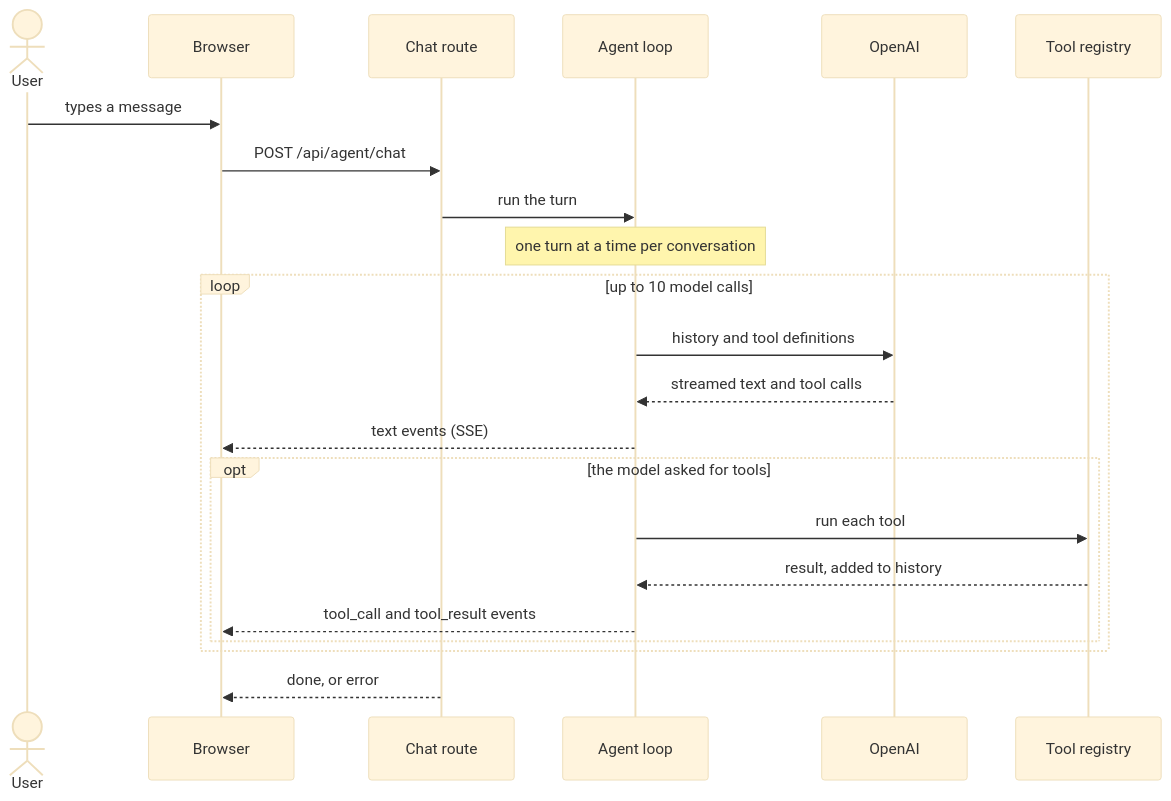
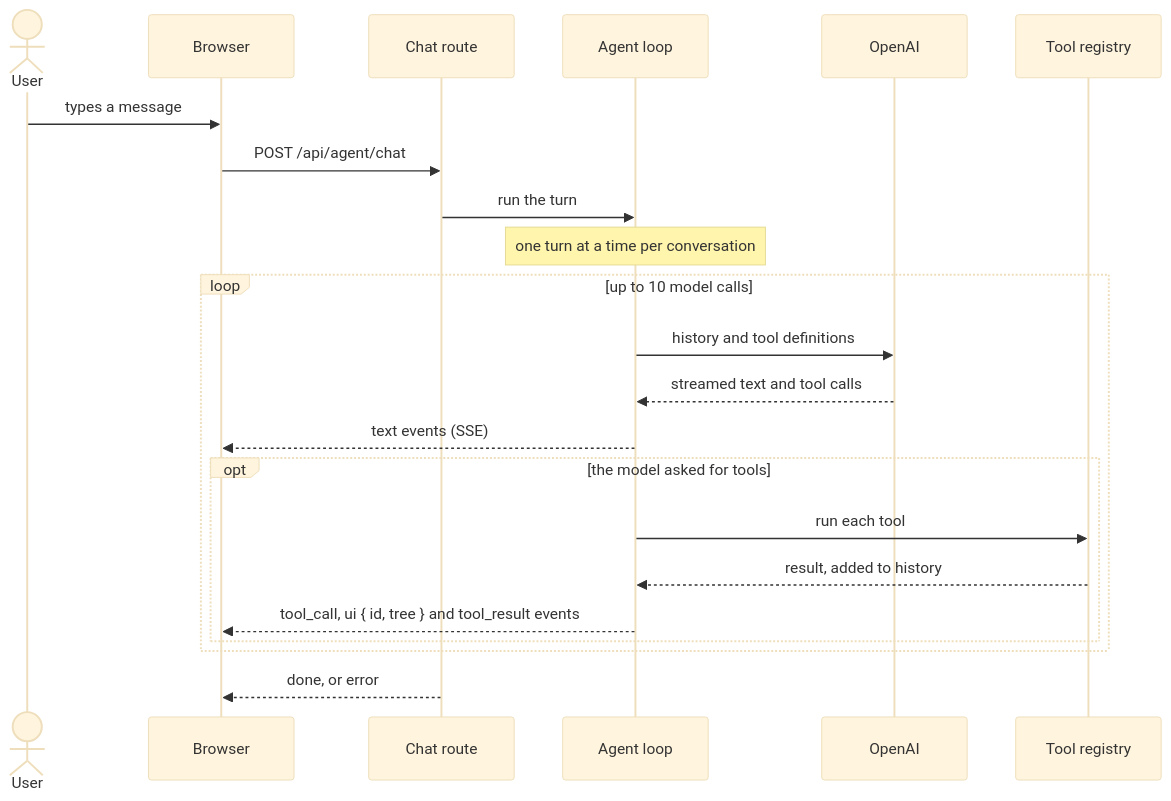
The second of 3 diagrams in docs/ARCHITECTURE.md (daniel-citrus/genui-prototype), drawn with Mermaid (base theme) before and after one commit. The commit also changed other lines of this file and 2 other files, not shown here.

First line of the commit message:
Document UI actions in the architecture doc and README

````diff
--- a/docs/ARCHITECTURE.md
+++ b/docs/ARCHITECTURE.md
@@ -115,25 +131,25 @@
 ```mermaid
 sequenceDiagram
   actor User
   participant B as Browser
   participant R as Chat route
   participant L as Agent loop
   participant O as OpenAI
   participant T as Tool registry
 
   User->>B: types a message
   B->>R: POST /api/agent/chat
   R->>L: run the turn
   Note over L: one turn at a time per conversation
   loop up to 10 model calls
     L->>O: history and tool definitions
     O-->>L: streamed text and tool calls
     L-->>B: text events (SSE)
     opt the model asked for tools
       L->>T: run each tool
       T-->>L: result, added to history
-      L-->>B: tool_call and tool_result events
+      L-->>B: tool_call, ui { id, tree } and tool_result events
     end
   end
   R-->>B: done, or error
 ```
````
